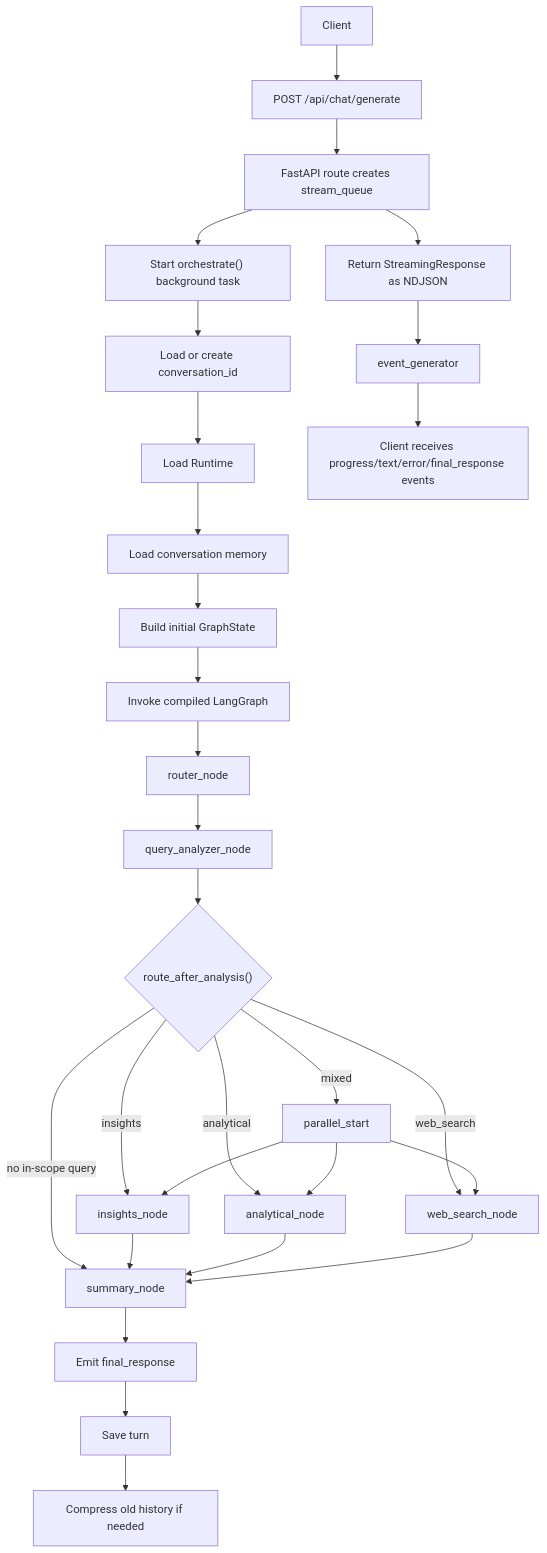
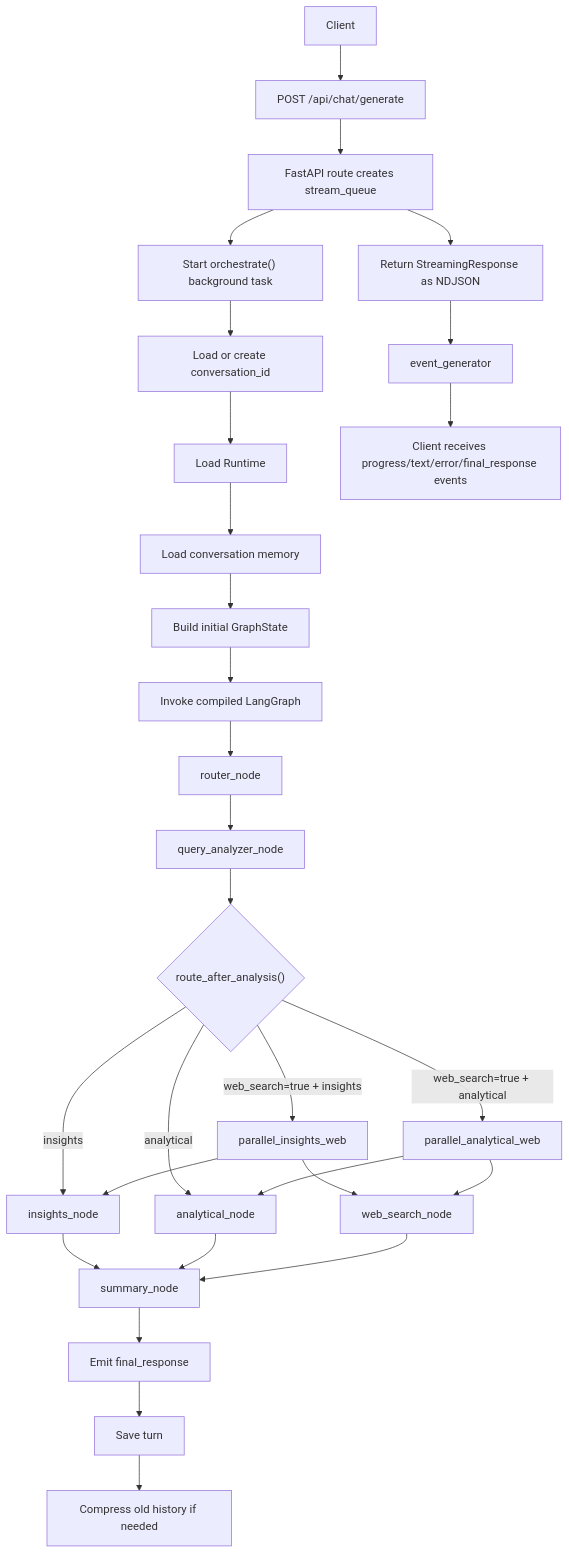
The diagram in README.md (crimsonKn1ght/llm-app-agent-data-science_v1), drawn with Mermaid before and after one commit. The commit also changed other lines of this file and 13 other files, not shown here.

First line of the commit message:
Harden beta chat workflow and request-owned web search

````diff
--- a/README.md
+++ b/README.md
@@ -46,38 +47,38 @@
 ```mermaid
 flowchart TD
     A["Client"] --> B["POST /api/chat/generate"]
     B --> C["FastAPI route creates stream_queue"]
     C --> D["Start orchestrate() background task"]
     C --> E["Return StreamingResponse as NDJSON"]
 
     D --> F["Load or create conversation_id"]
     F --> G["Load Runtime"]
     G --> H["Load conversation memory"]
     H --> I["Build initial GraphState"]
     I --> J["Invoke compiled LangGraph"]
 
     J --> K["router_node"]
     K --> L["query_analyzer_node"]
     L --> M{"route_after_analysis()"}
 
     M -- "insights" --> N["insights_node"]
     M -- "analytical" --> O["analytical_node"]
-    M -- "web_search" --> P["web_search_node"]
-    M -- "mixed" --> Q["parallel_start"]
-    M -- "no in-scope query" --> R["summary_node"]
+    M -- "web_search=true + insights" --> Q1["parallel_insights_web"]
+    M -- "web_search=true + analytical" --> Q2["parallel_analytical_web"]
 
-    Q --> N
-    Q --> O
-    Q --> P
+    Q1 --> N
+    Q1 --> P["web_search_node"]
+    Q2 --> O
+    Q2 --> P
 
-    N --> R
+    N --> R["summary_node"]
     O --> R
     P --> R
 
     R --> S["Emit final_response"]
     S --> T["Save turn"]
     T --> U["Compress old history if needed"]
 
     E --> V["event_generator"]
     V --> W["Client receives progress/text/error/final_response events"]
 ```
````
